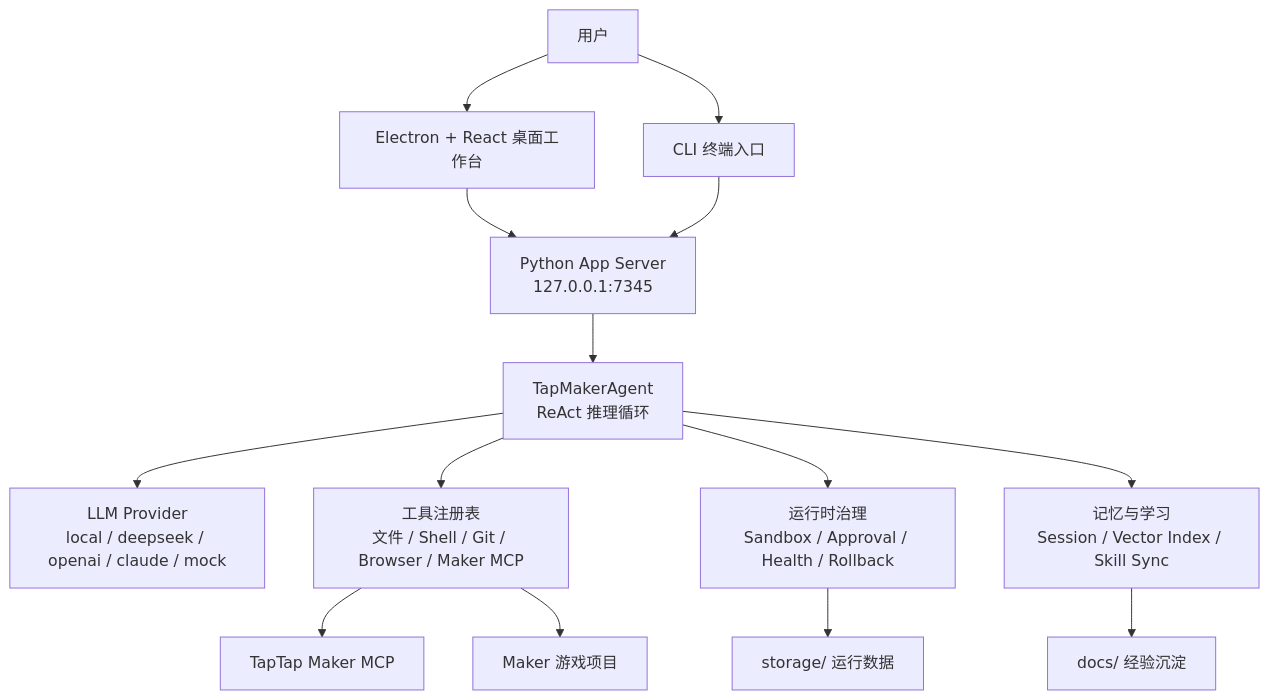
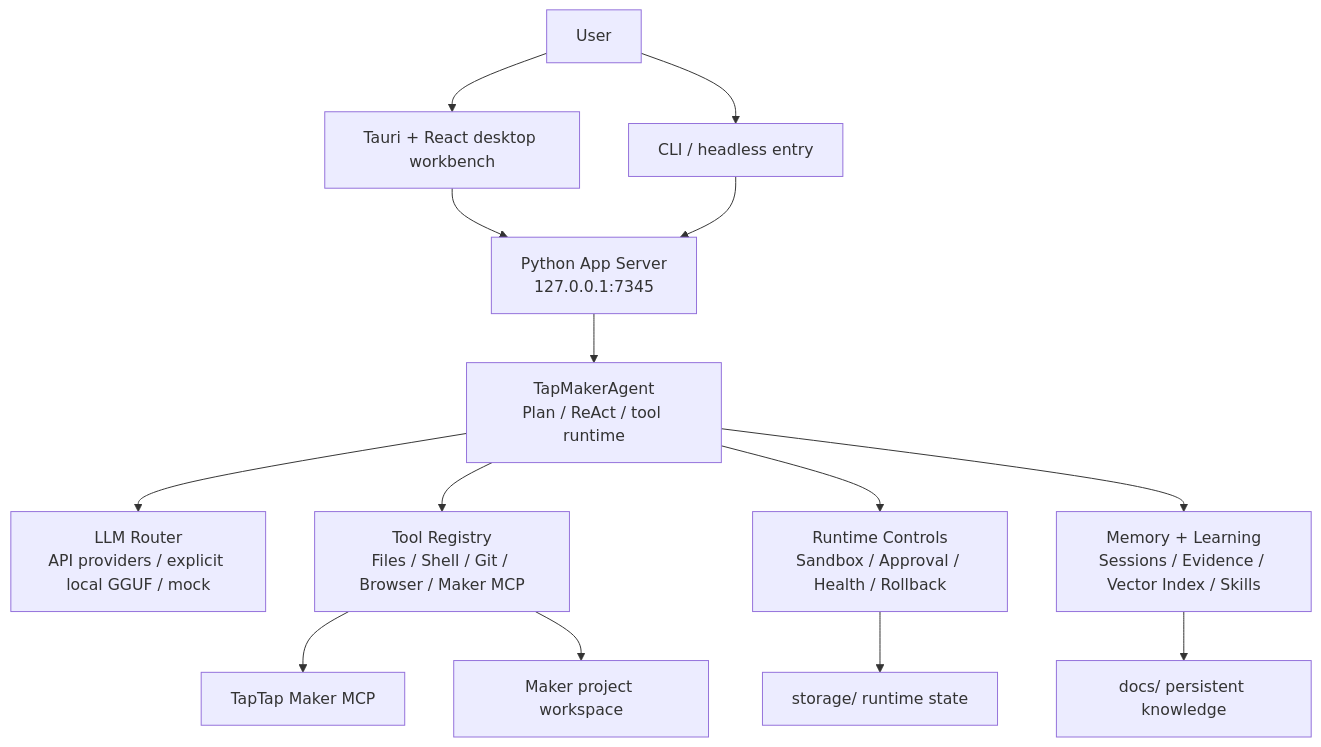
The diagram in README.md (KingSystemHaiGo/TTMEvolve), drawn with Mermaid before and after one commit. The commit also changed other lines of this file and 2 other files, not shown here.

````diff
--- a/README.md
+++ b/README.md
@@ -43,19 +54,19 @@
 ```mermaid
 flowchart TB
-    User["用户"] --> GUI["Electron + React 桌面工作台"]
-    User --> CLI["CLI 终端入口"]
+    User["User"] --> GUI["Tauri + React desktop workbench"]
+    User --> CLI["CLI / headless entry"]
 
     GUI --> Server["Python App Server<br/>127.0.0.1:7345"]
     CLI --> Server
 
-    Server --> Agent["TapMakerAgent<br/>ReAct 推理循环"]
-    Agent --> LLM["LLM Provider<br/>local / deepseek / openai / claude / mock"]
-    Agent --> Tools["工具注册表<br/>文件 / Shell / Git / Browser / Maker MCP"]
-    Agent --> Runtime["运行时治理<br/>Sandbox / Approval / Health / Rollback"]
-    Agent --> Memory["记忆与学习<br/>Session / Vector Index / Skill Sync"]
+    Server --> Agent["TapMakerAgent<br/>Plan / ReAct / tool runtime"]
+    Agent --> LLM["LLM Router<br/>API providers / explicit local GGUF / mock"]
+    Agent --> Tools["Tool Registry<br/>Files / Shell / Git / Browser / Maker MCP"]
+    Agent --> Runtime["Runtime Controls<br/>Sandbox / Approval / Health / Rollback"]
+    Agent --> Memory["Memory + Learning<br/>Sessions / Evidence / Vector Index / Skills"]
 
     Tools --> Maker["TapTap Maker MCP"]
-    Tools --> Project["Maker 游戏项目"]
-    Runtime --> Storage["storage/ 运行数据"]
-    Memory --> Docs["docs/ 经验沉淀"]
+    Tools --> Project["Maker project workspace"]
+    Runtime --> Storage["storage/ runtime state"]
+    Memory --> Docs["docs/ persistent knowledge"]
 ```
````
